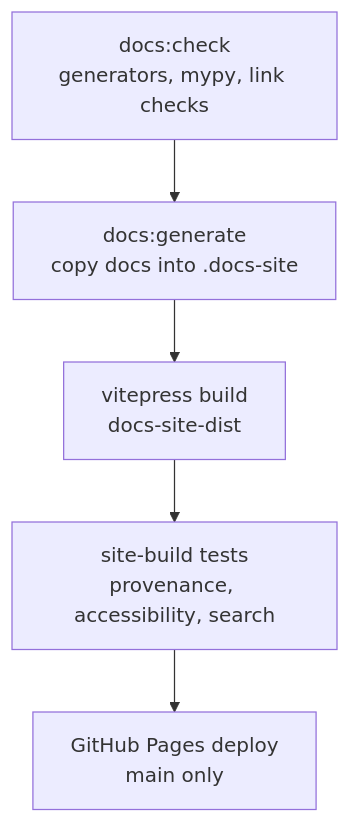
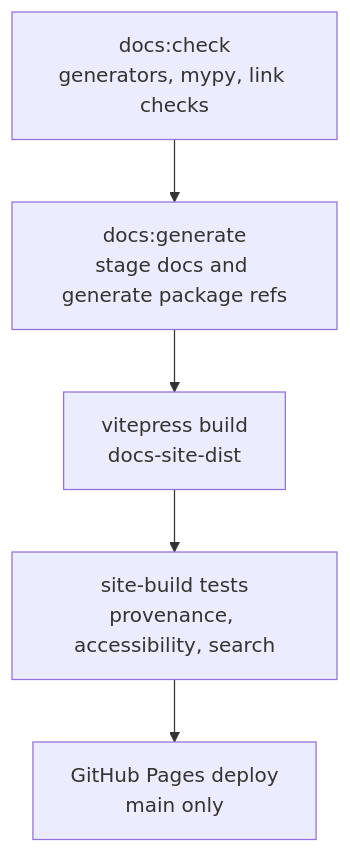
One commit to constructorfleet/SketchForge-3D changed the diagram in docs/DOCUMENTATION_SUITE_SPEC.md. Above: the diagram before and after it, drawn with Mermaid. The commit also changed other lines of this file and 6 other files, not shown here.

Commit message:
docs: publish generated package refs in Pages artifact

````diff
--- a/docs/DOCUMENTATION_SUITE_SPEC.md
+++ b/docs/DOCUMENTATION_SUITE_SPEC.md
@@ -180,7 +180,7 @@
 ```mermaid
 graph TD;
-  A["docs:check<br/>generators, mypy, link checks"] --> B["docs:generate<br/>copy docs into .docs-site"];
+  A["docs:check<br/>generators, mypy, link checks"] --> B["docs:generate<br/>stage docs and generate package refs"];
   B --> C["vitepress build<br/>docs-site-dist"];
   C --> D["site-build tests<br/>provenance, accessibility, search"];
   D --> E["GitHub Pages deploy<br/>main only"];
 ```
````
